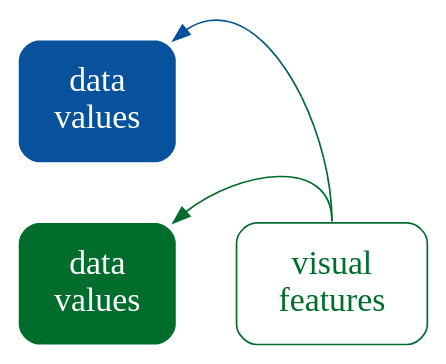
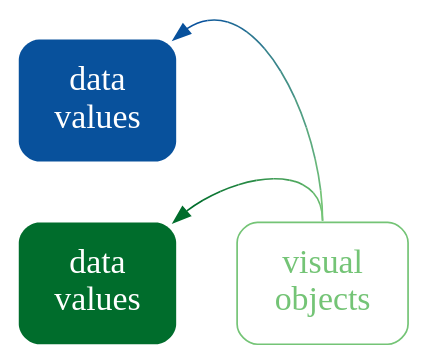
Before and after one commit to pmur002/hdvw: the diagram in Diagrams/ambiguous-decode.dot, drawn with Graphviz. The commit also changed 348 other files, not shown here.

```diff
--- a/Diagrams/ambiguous-decode.dot
+++ b/Diagrams/ambiguous-decode.dot
@@ -1,12 +1,12 @@
 digraph {
   graph [ rankdir=LR; margin=.2; nodesep=.5 ];
   node [ fontsize=20; fontname="sans bold"; margin=.2 ];
   diss [ label="data\nvalues"; shape=box; style="filled, rounded"; penwidth=0; fontcolor=white; fillcolor="#08519C" ]
   data [ label="data\nvalues"; shape=box; style="filled, rounded"; penwidth=0; fontcolor=white; fillcolor="#006D2C" ]
-  vis [ label="visual\nfeatures"; shape=box;
-     style="rounded"; color="#006D2C"; fontcolor="#006D2C" ]
-  data -> vis [ style="bold"; penwidth=1; color="#006D2C" ] [ style="invis" ]
-  vis:n -> diss:ne [ style="solid", color="#006D2C;0.1:#016A38;0.1:#026745;0.1:#036451;0.1:#04615E;0.1:#045D6A;0.1:#055A77;0.1:#065783;0.1:#075490;0.1:#08519C;0.1" ]
-  vis:n -> data:ne [ style="solid", color="#006D2C" ]
+  obj [ label="visual\nobjects"; shape=box;
+     style="rounded"; color="#74C476"; fontcolor="#74C476" ]
+  data -> obj [ style="bold"; penwidth=1; color="#006D2C;0.1:#0D7734;0.1:#1A803C;0.1:#278A45;0.1:#34944D;0.1:#409D55;0.1:#4DA75D;0.1:#5AB166;0.1:#67BA6E;0.1:#74C476;0.1" ] [ style="invis" ]
+  obj:n -> diss:ne [ style="solid", color="#74C476;0.1:#68B77A;0.1:#5CAA7E;0.1:#509E83;0.1:#449187;0.1:#38848B;0.1:#2C778F;0.1:#206B94;0.1:#145E98;0.1:#08519C;0.1" ]
+  obj:n -> data:ne [ style="solid", color="#74C476;0.1:#67BA6E;0.1:#5AB166;0.1:#4DA75D;0.1:#409D55;0.1:#34944D;0.1:#278A45;0.1:#1A803C;0.1:#0D7734;0.1:#006D2C;0.1" ]
 { rank=same; data, diss }
 }
```
